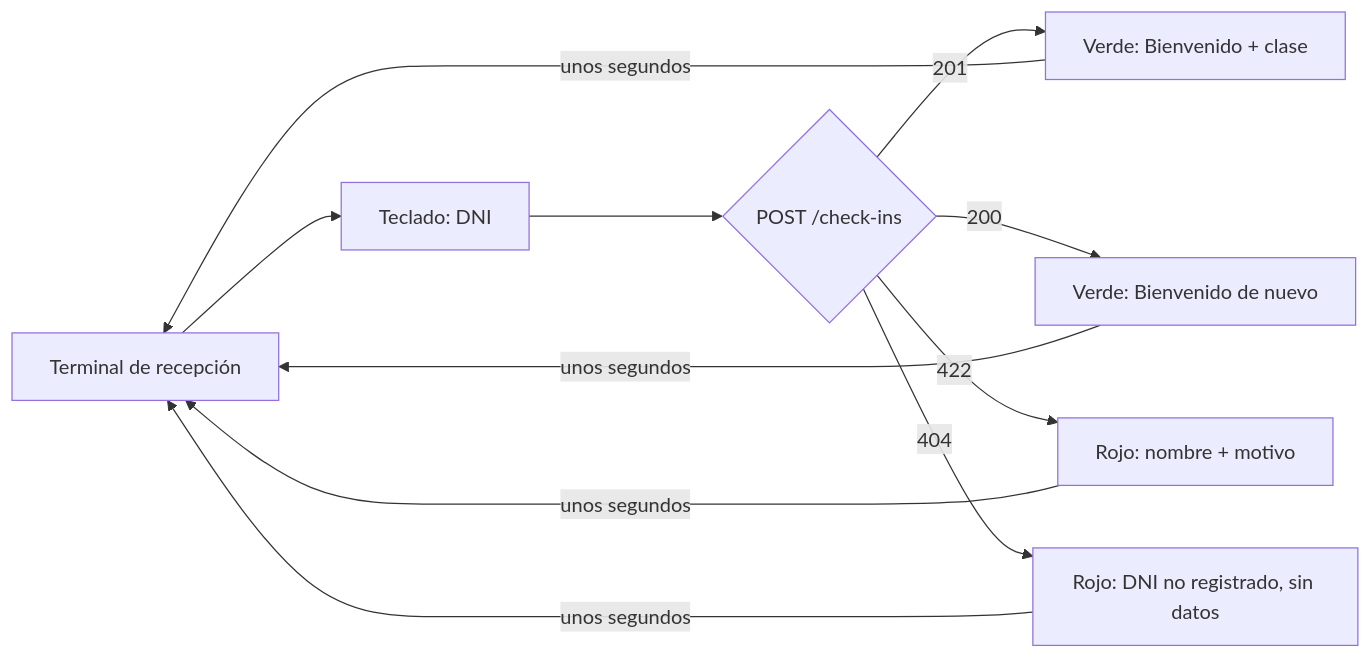
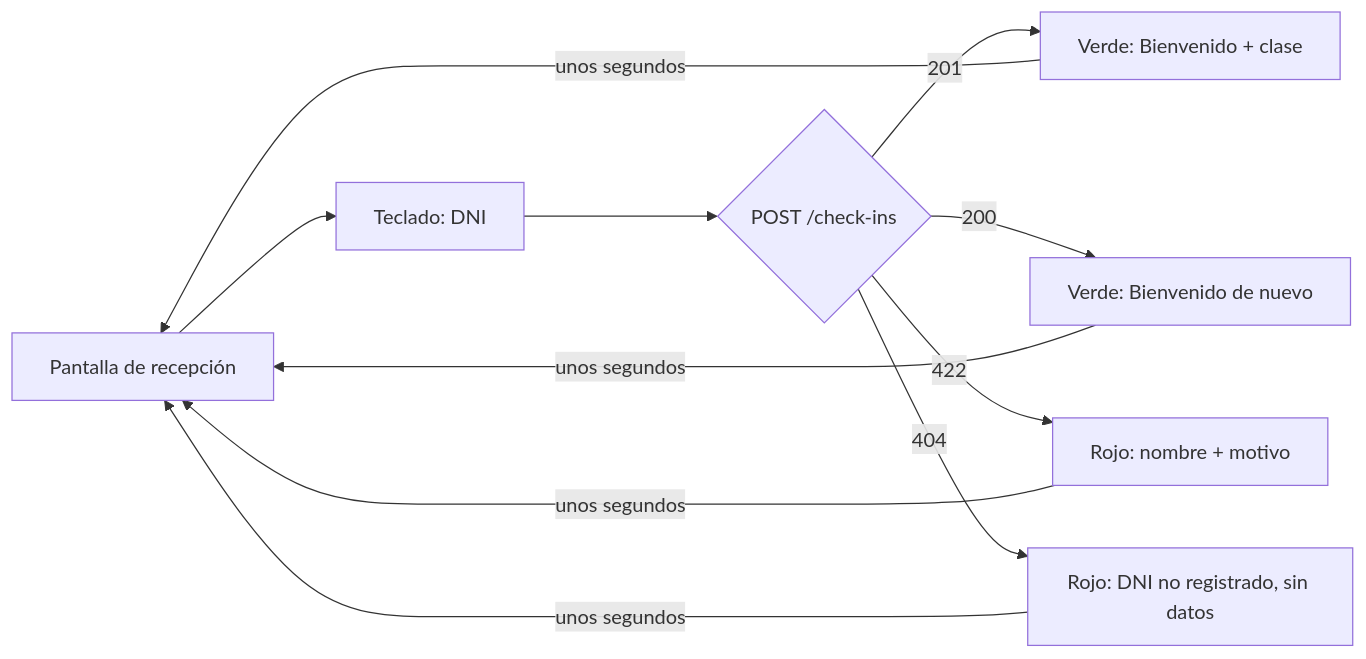
One commit to martiipastore/Proyecto-ARQUI-SW---GIMNASIO changed the fourth of 4 diagrams in docs/entrega-final/ETAPA_1_CONTRATOS_RECORRIDOS.md. Above: the diagram before and after it, drawn with Mermaid. The commit also changed other lines of this file and 7 other files, not shown here.

````diff
--- a/docs/entrega-final/ETAPA_1_CONTRATOS_RECORRIDOS.md
+++ b/docs/entrega-final/ETAPA_1_CONTRATOS_RECORRIDOS.md
@@ -155,10 +155,10 @@
 ```mermaid
 flowchart LR
-    K[Terminal de recepción] --> D[Teclado: DNI]
+    K[Pantalla de recepción] --> D[Teclado: DNI]
     D --> V{POST /check-ins}
     V -->|201| G1[Verde: Bienvenido + clase]
     V -->|200| G2[Verde: Bienvenido de nuevo]
     V -->|422| R1[Rojo: nombre + motivo]
     V -->|404| R2[Rojo: DNI no registrado, sin datos]
     G1 & G2 & R1 & R2 -->|unos segundos| K
 ```
````
